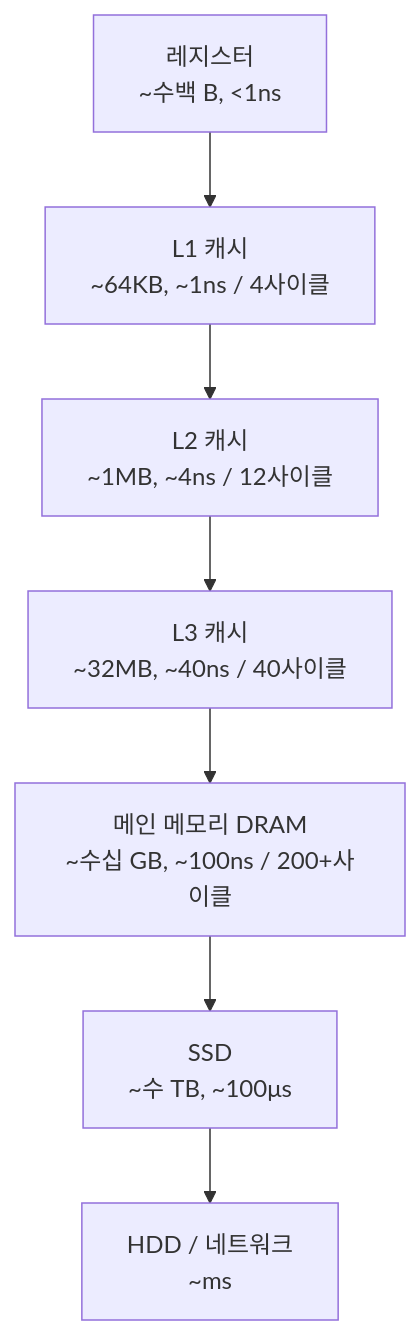
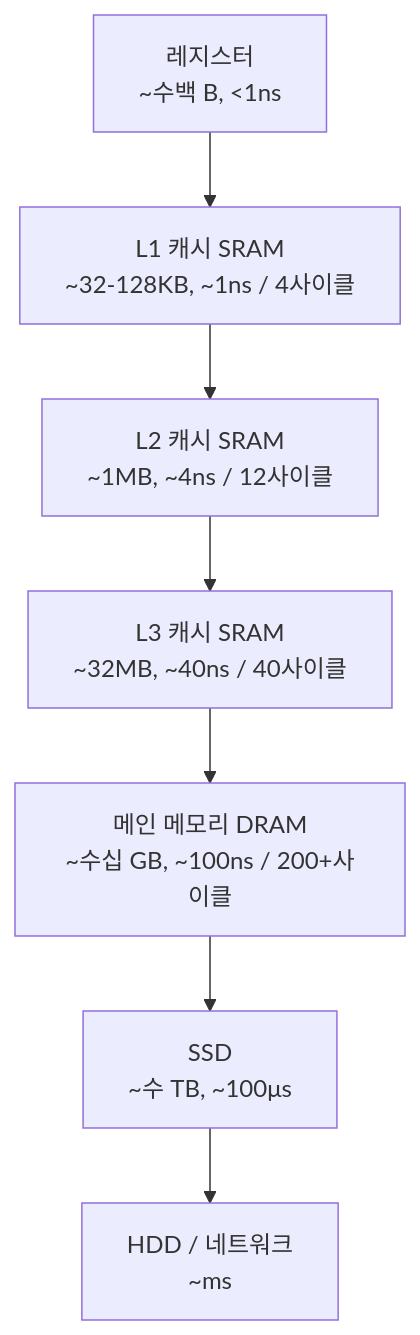
Before and after one commit to nini4746/cs: the diagram in computer-architecture/memory-hierarchy.md, drawn with Mermaid. The commit also changed other lines of this file, not shown here.

First line of the commit message:
docs(computer-architecture): deepen memory hierarchy note

````diff
--- a/computer-architecture/memory-hierarchy.md
+++ b/computer-architecture/memory-hierarchy.md
@@ -15,9 +20,9 @@
 ```mermaid
 graph TD
-    R[레지스터<br/>~수백 B, <1ns] --> L1[L1 캐시<br/>~64KB, ~1ns / 4사이클]
-    L1 --> L2[L2 캐시<br/>~1MB, ~4ns / 12사이클]
-    L2 --> L3[L3 캐시<br/>~32MB, ~40ns / 40사이클]
+    R[레지스터<br/>~수백 B, <1ns] --> L1[L1 캐시 SRAM<br/>~32-128KB, ~1ns / 4사이클]
+    L1 --> L2[L2 캐시 SRAM<br/>~1MB, ~4ns / 12사이클]
+    L2 --> L3[L3 캐시 SRAM<br/>~32MB, ~40ns / 40사이클]
     L3 --> RAM[메인 메모리 DRAM<br/>~수십 GB, ~100ns / 200+사이클]
     RAM --> SSD[SSD<br/>~수 TB, ~100μs]
     SSD --> HDD[HDD / 네트워크<br/>~ms]
 ```
````
